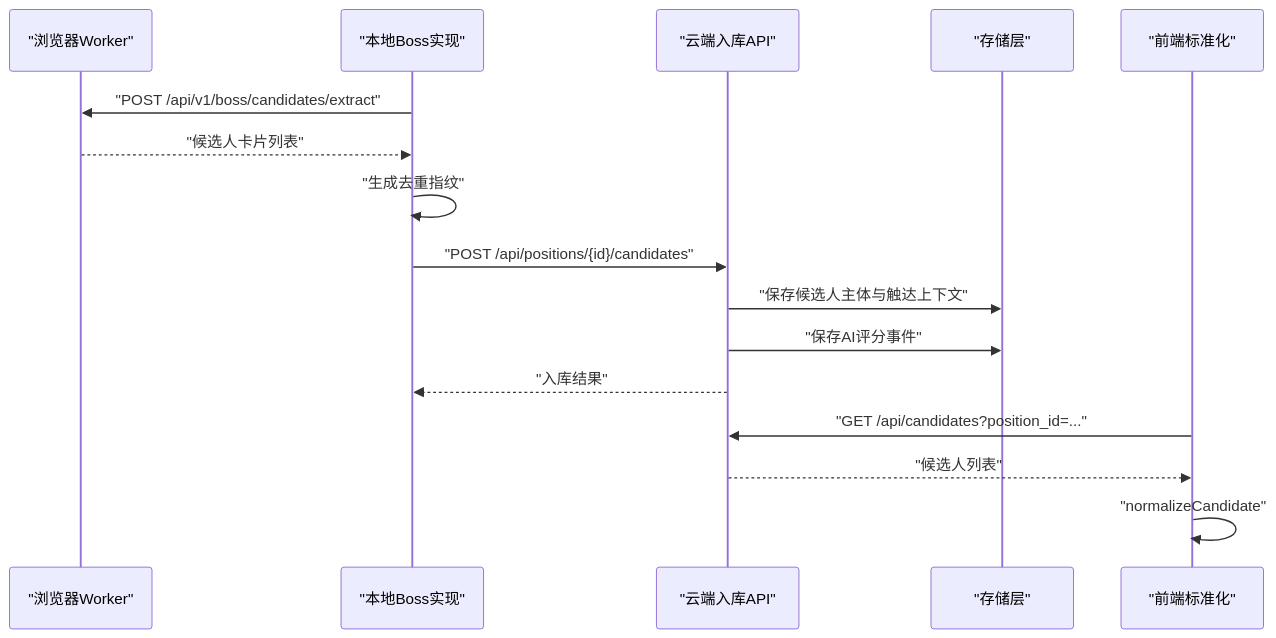
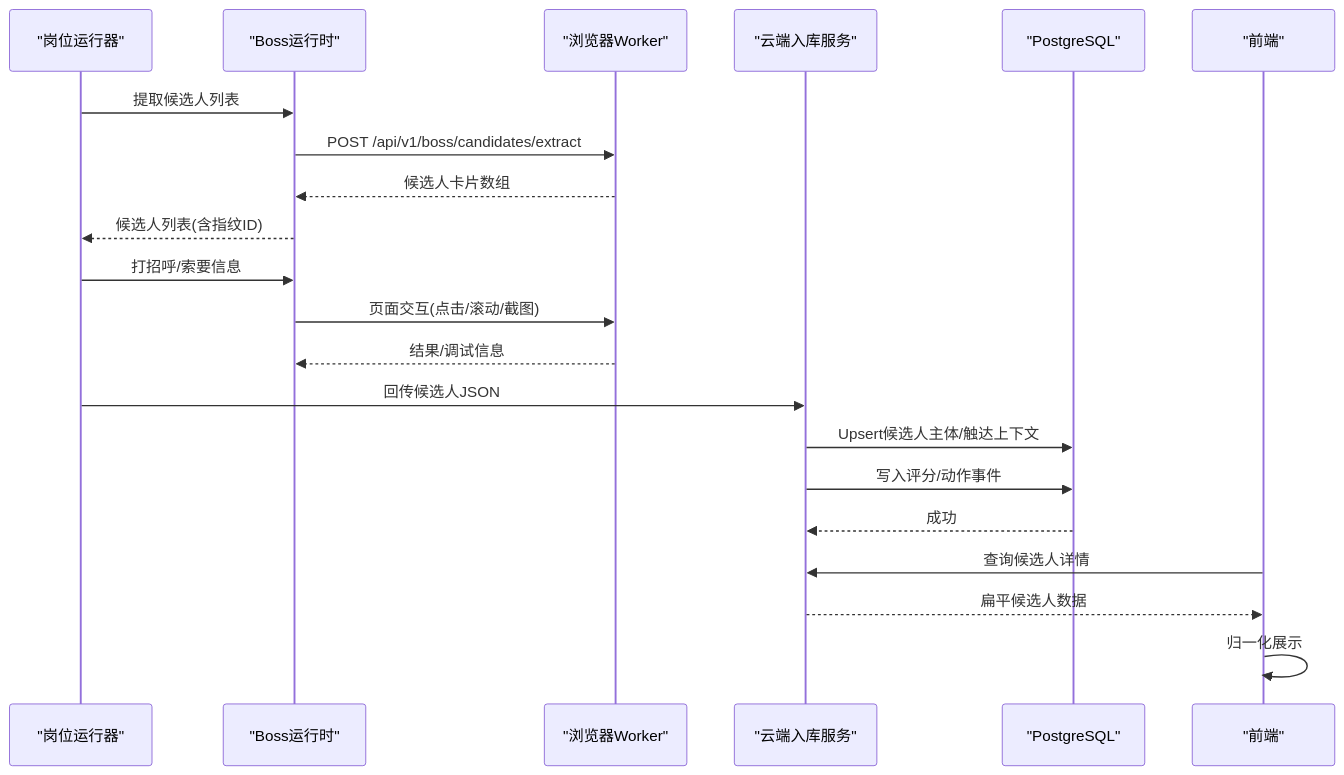
One commit to alvinwangzi/goodhr changed the second of 10 diagrams in .qoder/repowiki/zh/content/本地执行器/平台适配器/Boss直聘适配器/候选人数据处理.md. Above: the diagram before and after it, drawn with Mermaid. The commit also changed other lines of this file and 149 other files, not shown here.

````diff
--- a/.qoder/repowiki/zh/content/本地执行器/平台适配器/Boss直聘适配器/候选人数据处理.md
+++ b/.qoder/repowiki/zh/content/本地执行器/平台适配器/Boss直聘适配器/候选人数据处理.md
@@ -98,18 +102,23 @@
 ```mermaid
 sequenceDiagram
-participant Browser as "浏览器Worker"
-participant Local as "本地Boss实现"
-participant Cloud as "云端入库API"
-participant Store as "存储层"
-participant Front as "前端标准化"
-Local->>Browser : "POST /api/v1/boss/candidates/extract"
-Browser-->>Local : "候选人卡片列表"
-Local->>Local : "生成去重指纹"
-Local->>Cloud : "POST /api/positions/{id}/candidates"
-Cloud->>Store : "保存候选人主体与触达上下文"
-Cloud->>Store : "保存AI评分事件"
-Cloud-->>Local : "入库结果"
-Front->>Cloud : "GET /api/candidates?position_id=..."
-Cloud-->>Front : "候选人列表"
-Front->>Front : "normalizeCandidate"
+participant Runner as "岗位运行器"
+participant Boss as "Boss运行时"
+participant Worker as "浏览器Worker"
+participant Cloud as "云端入库服务"
+participant DB as "PostgreSQL"
+participant UI as "前端"
+Runner->>Boss : 提取候选人列表
+Boss->>Worker : POST /api/v1/boss/candidates/extract
+Worker-->>Boss : 候选人卡片数组
+Boss-->>Runner : 候选人列表(含指纹ID)
+Runner->>Boss : 打招呼/索要信息
+Boss->>Worker : 页面交互(点击/滚动/截图)
+Worker-->>Boss : 结果/调试信息
+Runner->>Cloud : 回传候选人JSON
+Cloud->>DB : Upsert候选人主体/触达上下文
+Cloud->>DB : 写入评分/动作事件
+DB-->>Cloud : 成功
+UI->>Cloud : 查询候选人详情
+Cloud-->>UI : 扁平候选人数据
+UI->>UI : 归一化展示
 ```
````
